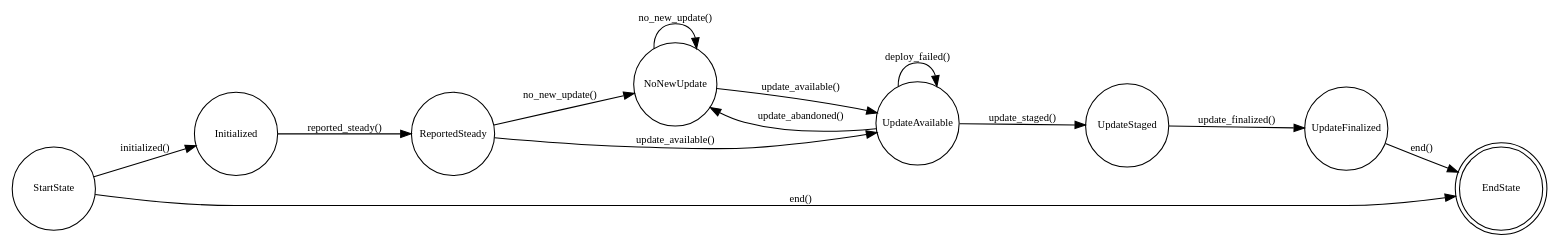
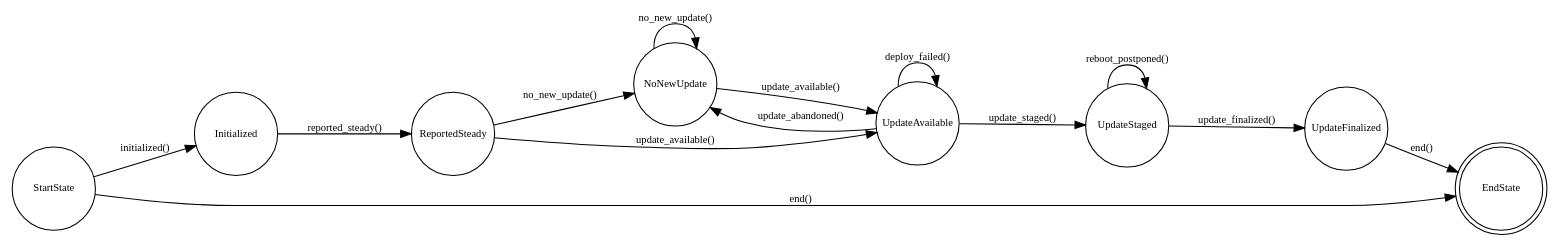
The diagram in docs/images/zincati-fsm.dot (coreos/zincati), drawn with Graphviz before and after one commit. The commit also changed 1 other file, not shown here.

Commit message:
docs/images: add new edge from UpdateStaged to itself
The FSM may stay in the UpdateStaged state if it cannot finalize
either due to strategy constraints or detection of logged in users
during a finalization attempt. Update zincati-fsm to reflect this.

```diff
--- a/docs/images/zincati-fsm.dot
+++ b/docs/images/zincati-fsm.dot
@@ -1,35 +1,37 @@
 # Render with: `dot -T png -o zincati-fsm.png zincati-fsm.dot`
+# The `dot` program is included in Graphviz: https://graphviz.org/download/
 
 digraph finite_state_machine {
     rankdir=LR;
     node [shape=circle, fontsize=10, fixedsize=true, width=1.1]; 
     edge [fontsize=10, fixedsize=true]; 
 
     node [label="StartState"] StartState;
     node [label="Initialized"] Initialized;
     node [label="ReportedSteady"] ReportedSteady;
     node [label="NoNewUpdate"] NoNewUpdate;
     node [label="UpdateAvailable"] UpdateAvailable;
     node [label="UpdateStaged"] UpdateStaged;
     node [label="UpdateFinalized"] UpdateFinalized;
     node [shape = doublecircle, label="EndState"] EndState;
 
     StartState -> Initialized [label="initialized()"];
     StartState -> EndState [label="end()"];
 
     Initialized -> ReportedSteady [label="reported_steady()"];
 
     ReportedSteady -> NoNewUpdate [label="no_new_update()"];
     ReportedSteady -> UpdateAvailable [label="update_available()"];
 
     NoNewUpdate -> NoNewUpdate [label="no_new_update()"];
     NoNewUpdate -> UpdateAvailable [label="update_available()"];
 
     UpdateAvailable -> UpdateAvailable [label="deploy_failed()"];
     UpdateAvailable -> NoNewUpdate [label="update_abandoned()"];
     UpdateAvailable -> UpdateStaged [label="update_staged()"];
 
     UpdateStaged -> UpdateFinalized [label="update_finalized()"];
+    UpdateStaged -> UpdateStaged [label="reboot_postponed()"];
 
     UpdateFinalized -> EndState [label="end()"];
 }
```
